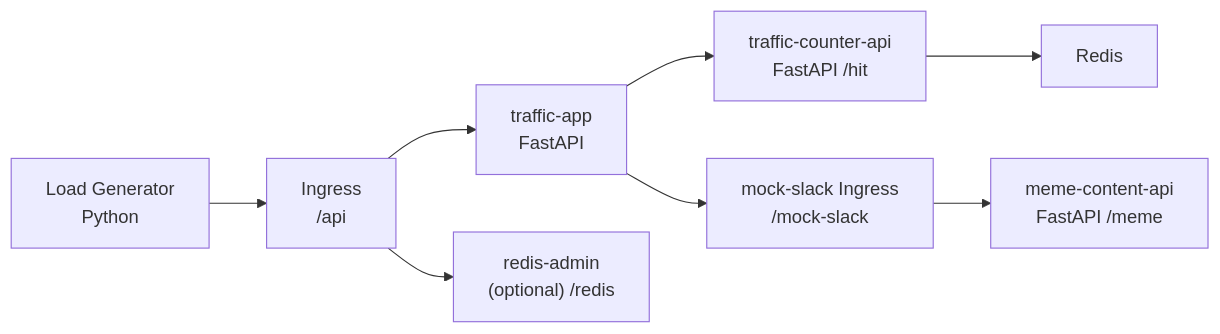
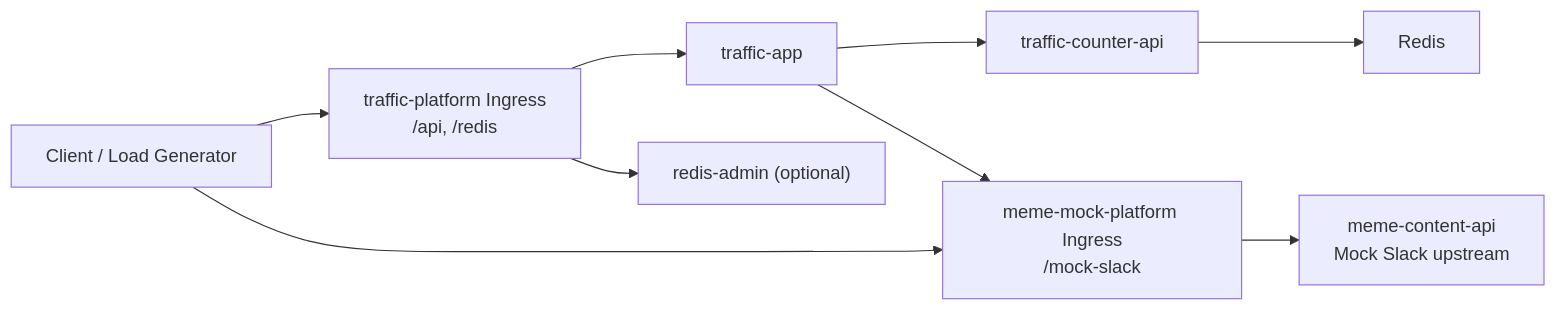
Before and after one commit to JisuuungKim/kubernetes-project: the diagram in README.md, drawn with Mermaid. The commit also changed other lines of this file, not shown here.

````diff
--- a/README.md
+++ b/README.md
@@ -35,10 +35,14 @@
 ```mermaid
 flowchart LR
-    A["Load Generator<br/>Python"] --> B["Ingress<br/>/api"]
-    B --> C["traffic-app<br/>FastAPI"]
-    C --> D["traffic-counter-api<br/>FastAPI /hit"]
-    C --> H["mock-slack Ingress<br/>/mock-slack"]
-    H --> E["meme-content-api<br/>FastAPI /meme"]
+    A["Client / Load Generator"] --> B["traffic-platform Ingress<br/>/api, /redis"]
+    A --> H["meme-mock-platform Ingress<br/>/mock-slack"]
+
+    B --> C["traffic-app"]
+    B --> G["redis-admin (optional)"]
+
+    C --> D["traffic-counter-api"]
     D --> F["Redis"]
-    B --> G["redis-admin<br/>(optional) /redis"]
+
+    C --> H
+    H --> E["meme-content-api<br/>Mock Slack upstream"]
 ```
````
